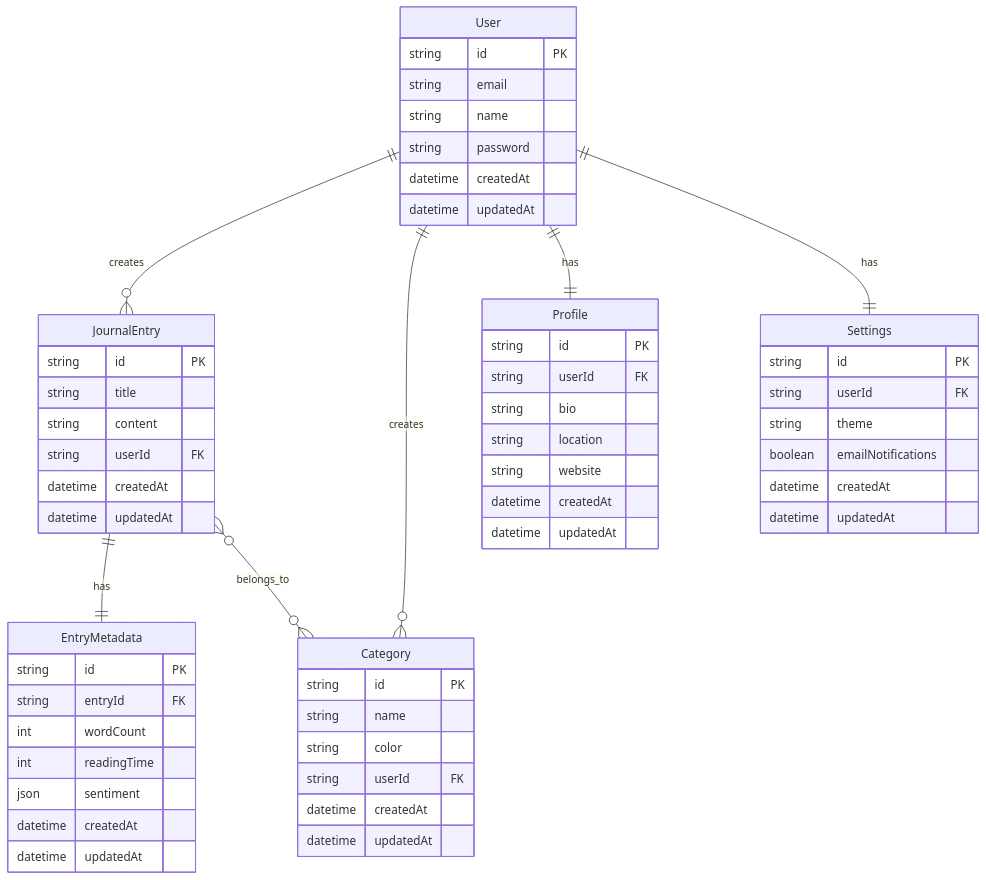
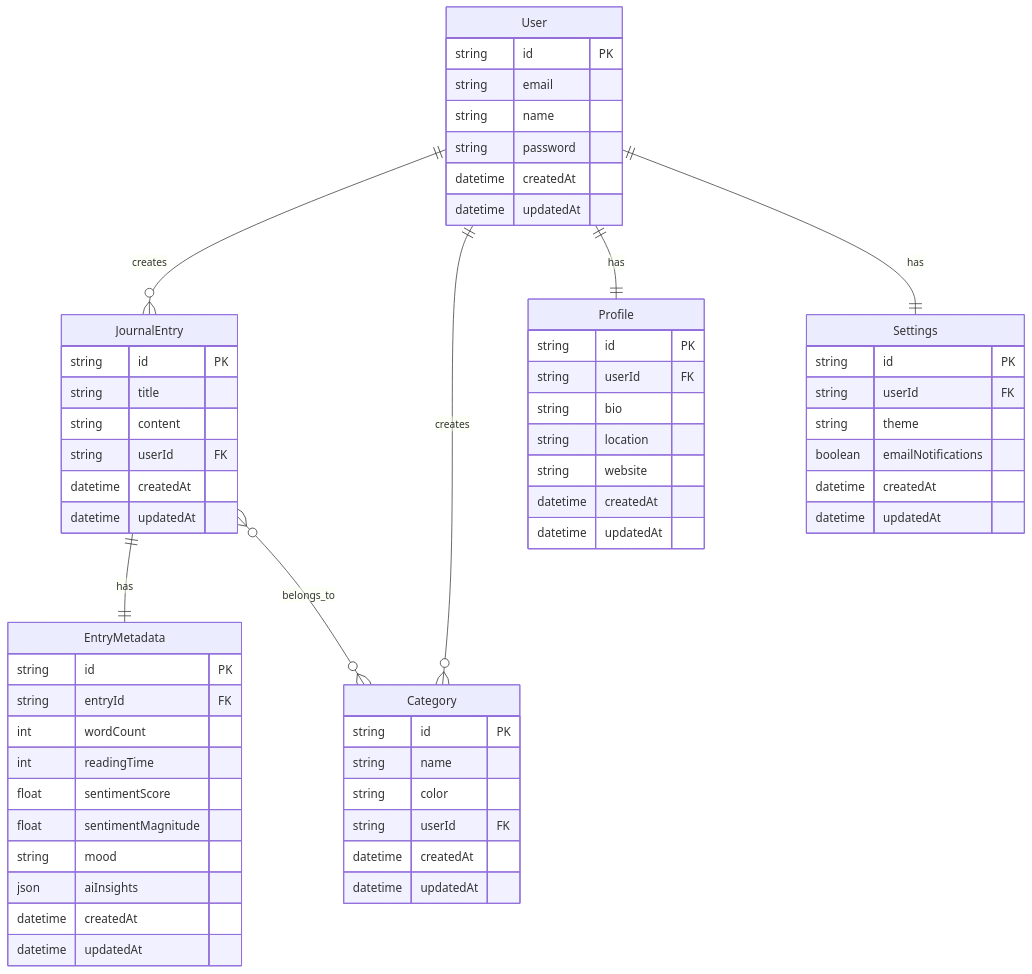
The third of 5 diagrams in SYSTEM_DESIGN.md (victorkiambi/personal-journaling-app), drawn with Mermaid before and after one commit. The commit also changed other lines of this file and 23 other files, not shown here.

Commit message:
docs: update documentation to reflect current AI features and database schema

````diff
--- a/SYSTEM_DESIGN.md
+++ b/SYSTEM_DESIGN.md
@@ -73,59 +76,62 @@
 ```mermaid
 erDiagram
     User {
         string id PK
         string email
         string name
         string password
         datetime createdAt
         datetime updatedAt
     }
     JournalEntry {
         string id PK
         string title
         string content
         string userId FK
         datetime createdAt
         datetime updatedAt
     }
     Category {
         string id PK
         string name
         string color
         string userId FK
         datetime createdAt
         datetime updatedAt
     }
     Profile {
         string id PK
         string userId FK
         string bio
         string location
         string website
         datetime createdAt
         datetime updatedAt
     }
     Settings {
         string id PK
         string userId FK
         string theme
         boolean emailNotifications
         datetime createdAt
         datetime updatedAt
     }
     EntryMetadata {
         string id PK
         string entryId FK
         int wordCount
         int readingTime
-        json sentiment
+        float sentimentScore
+        float sentimentMagnitude
+        string mood
+        json aiInsights
         datetime createdAt
         datetime updatedAt
     }
     User ||--o{ JournalEntry : creates
     User ||--o{ Category : creates
     User ||--|| Profile : has
     User ||--|| Settings : has
     JournalEntry ||--|| EntryMetadata : has
     JournalEntry }o--o{ Category : belongs_to
 ```
````
